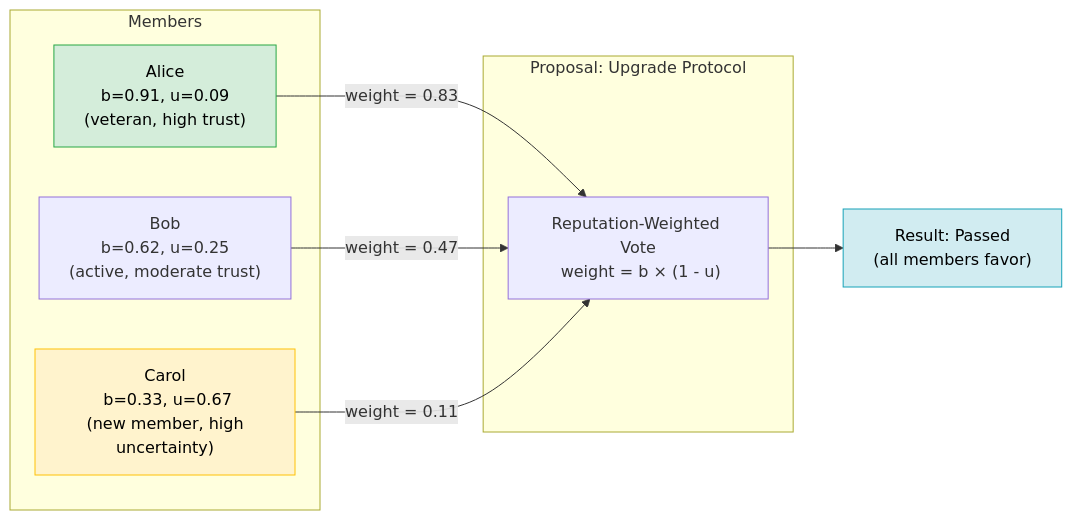
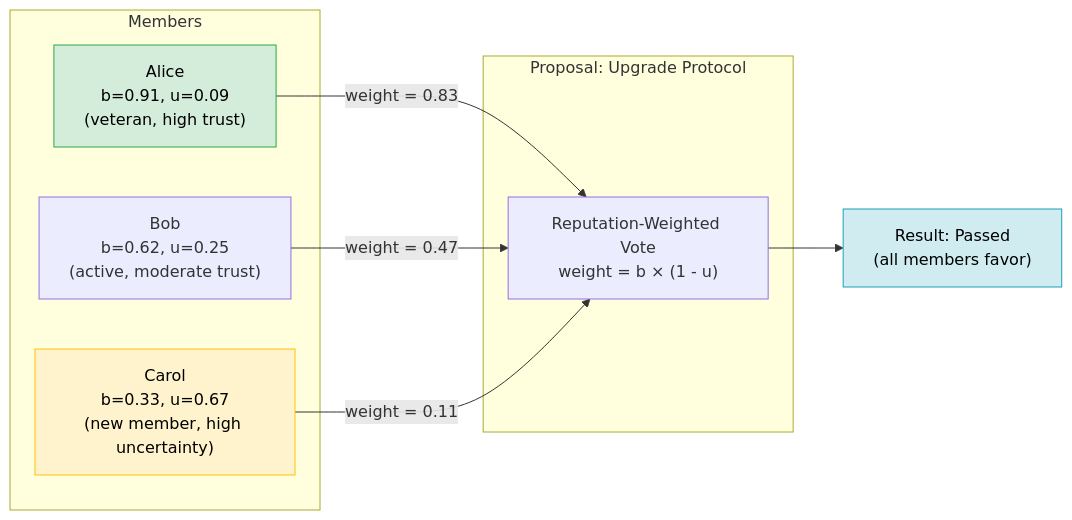
Before and after one commit to Steake/EQBSL: the fifth of 7 diagrams in rust/README.md, drawn with Mermaid. The commit also changed other lines of this file and 10 other files, not shown here.

````diff
--- a/rust/README.md
+++ b/rust/README.md
@@ -317,22 +317,22 @@
 ```mermaid
 graph LR
     subgraph Members
-        A["Alice\n b=0.91, u=0.09\n (veteran, high trust)"]
-        B["Bob\n b=0.62, u=0.25\n (active, moderate trust)"]
-        C["Carol\n b=0.33, u=0.67\n (new member, high uncertainty)"]
+        A["Alice<br/>b=0.91, u=0.09<br/>(veteran, high trust)"]
+        B["Bob<br/>b=0.62, u=0.25<br/>(active, moderate trust)"]
+        C["Carol<br/>b=0.33, u=0.67<br/>(new member, high uncertainty)"]
     end
 
     subgraph Proposal["Proposal: Upgrade Protocol"]
-        V["Reputation-Weighted Vote\n weight = b × (1 - u)"]
+        V["Reputation-Weighted Vote<br/>weight = b × (1 - u)"]
     end
 
     A -->|"weight = 0.83"| V
     B -->|"weight = 0.47"| V
     C -->|"weight = 0.11"| V
 
-    V --> R["Result: Passed\n (all members favor)"]
+    V --> R["Result: Passed<br/>(all members favor)"]
 
     style A fill:#d4edda,stroke:#28a745,color:#000000
     style C fill:#fff3cd,stroke:#ffc107,color:#000000
     style R fill:#d1ecf1,stroke:#17a2b8,color:#000000
 ```
````
